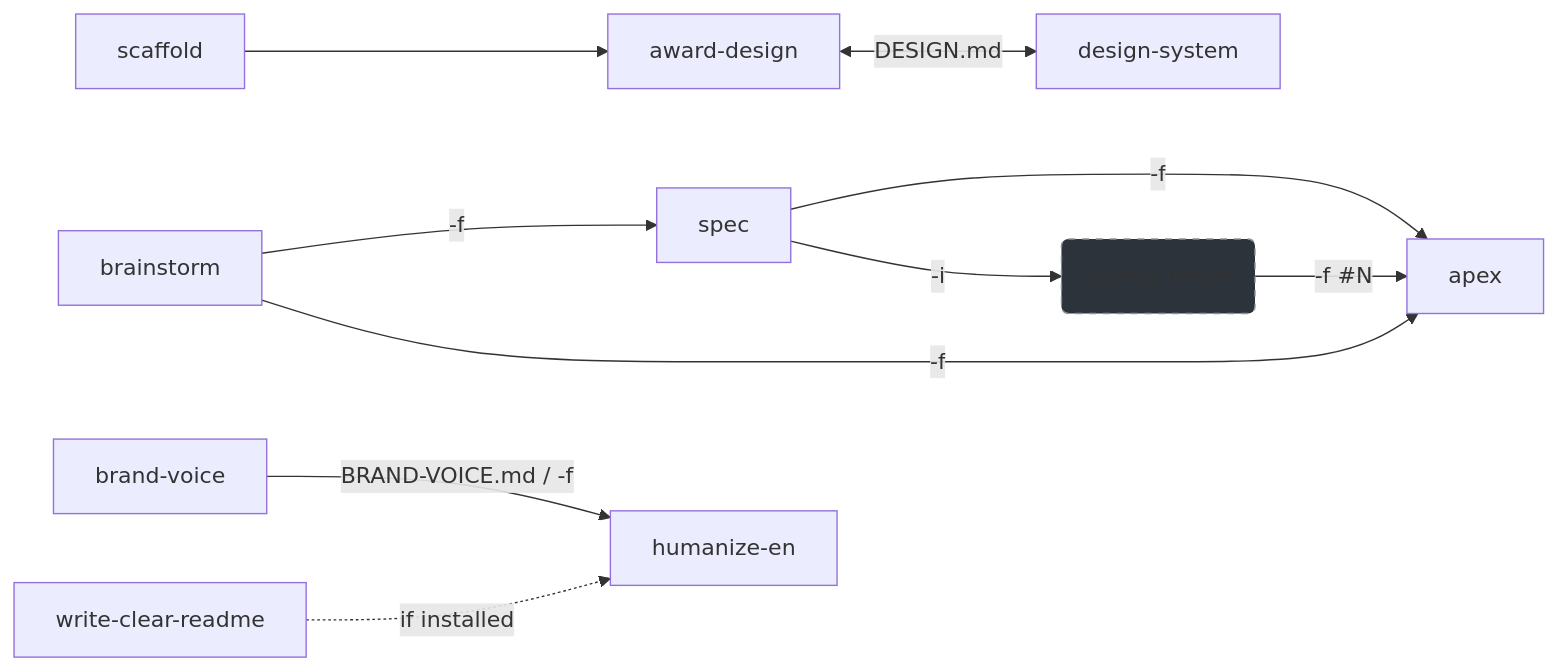
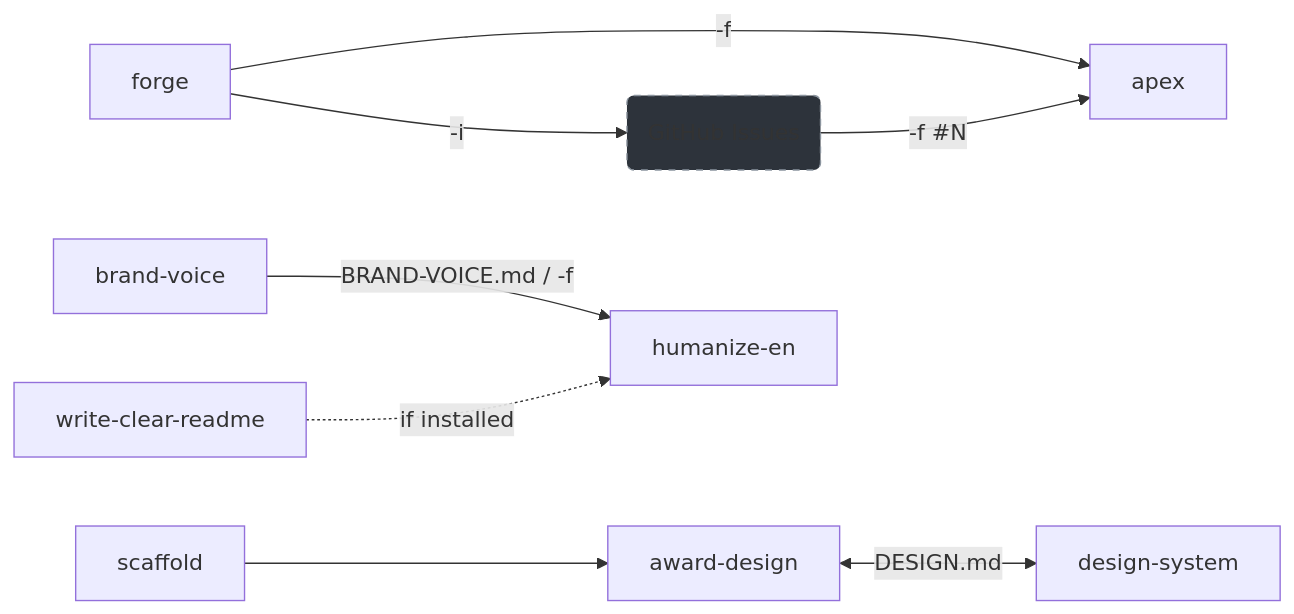
Before and after one commit to coroboros/agent-skills: the diagram in README.md, drawn with Mermaid. The commit also changed other lines of this file and 63 other files, not shown here.

First line of the commit message:
feat(forge)!: merge brainstorm + spec into one pre-implementation skill (#50)

````diff
--- a/README.md
+++ b/README.md
@@ -1190,16 +1153,14 @@
 ```mermaid
 graph LR
-  brainstorm -->|"-f"| spec
-  brainstorm -->|"-f"| apex
-  spec -->|"-f"| apex
-  spec -->|"-i"| issues(GitHub Issues)
+  forge -->|"-f"| apex
+  forge -->|"-i"| issues(GitHub Issues)
   issues -->|"-f #N"| apex
 
   scaffold --> award-design
   award-design <-->|DESIGN.md| design-system
 
   brand-voice -->|"BRAND-VOICE.md / -f"| humanize-en
   write-clear-readme -.->|if installed| humanize-en
 
   style issues fill:#2d333b,stroke:#8b949e,stroke-dasharray: 5 5
 ```
````
